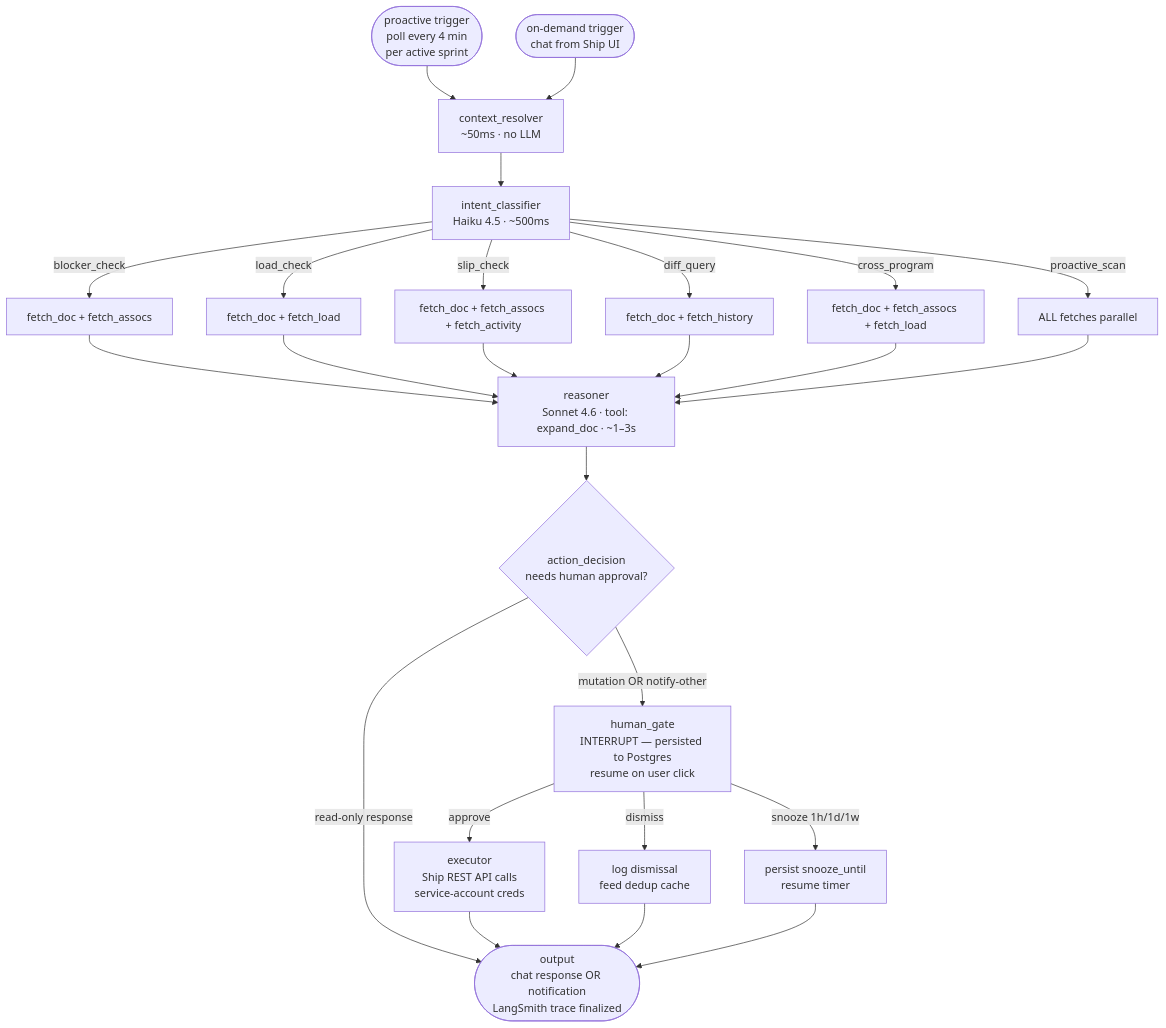
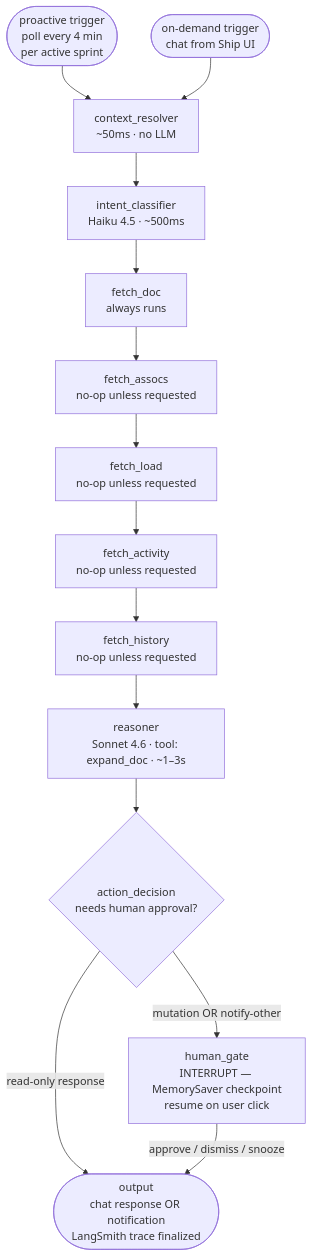
One commit to tylerxia8/ship changed the diagram in FLEETGRAPH.md. Above: the diagram before and after it, drawn with Mermaid. The commit also changed other lines of this file and 24 other files, not shown here.

Commit message:
Add FleetGraph proactive findings flow

````diff
--- a/FLEETGRAPH.md
+++ b/FLEETGRAPH.md
@@ -92,44 +93,30 @@
 ```mermaid
 flowchart TD
     proactive([proactive trigger<br/>poll every 4 min<br/>per active sprint]) --> resolver
     ondemand([on-demand trigger<br/>chat from Ship UI]) --> resolver
 
     resolver[context_resolver<br/>~50ms · no LLM]
     resolver --> classifier
 
     classifier[intent_classifier<br/>Haiku 4.5 · ~500ms]
 
-    classifier -->|blocker_check| fa[fetch_doc + fetch_assocs]
-    classifier -->|load_check| fb[fetch_doc + fetch_load]
-    classifier -->|slip_check| fc[fetch_doc + fetch_assocs + fetch_activity]
-    classifier -->|diff_query| fd[fetch_doc + fetch_history]
-    classifier -->|cross_program| fe[fetch_doc + fetch_assocs + fetch_load]
-    classifier -->|proactive_scan| fz[ALL fetches parallel]
+    classifier --> fetchdoc[fetch_doc<br/>always runs]
 
-    fa --> reasoner
-    fb --> reasoner
-    fc --> reasoner
-    fd --> reasoner
-    fe --> reasoner
-    fz --> reasoner
+    fetchdoc --> fetchassocs[fetch_assocs<br/>no-op unless requested]
+    fetchassocs --> fetchload[fetch_load<br/>no-op unless requested]
+    fetchload --> fetchactivity[fetch_activity<br/>no-op unless requested]
+    fetchactivity --> fetchhistory[fetch_history<br/>no-op unless requested]
+    fetchhistory --> reasoner
 
     reasoner[reasoner<br/>Sonnet 4.6 · tool: expand_doc · ~1–3s]
     reasoner --> decision
 
     decision{action_decision<br/>needs human approval?}
     decision -->|read-only response| output
     decision -->|mutation OR notify-other| gate
 
-    gate[human_gate<br/>INTERRUPT — persisted to Postgres<br/>resume on user click]
-    gate -->|approve| executor
-    gate -->|dismiss| log[log dismissal<br/>feed dedup cache]
-    gate -->|snooze 1h/1d/1w| snoozed[persist snooze_until<br/>resume timer]
-
-    executor[executor<br/>Ship REST API calls<br/>service-account creds]
-
-    executor --> output
-    log --> output
-    snoozed --> output
+    gate[human_gate<br/>INTERRUPT — MemorySaver checkpoint<br/>resume on user click]
+    gate -->|approve / dismiss / snooze| output
 
     output([output<br/>chat response OR notification<br/>LangSmith trace finalized])
 ```
````
